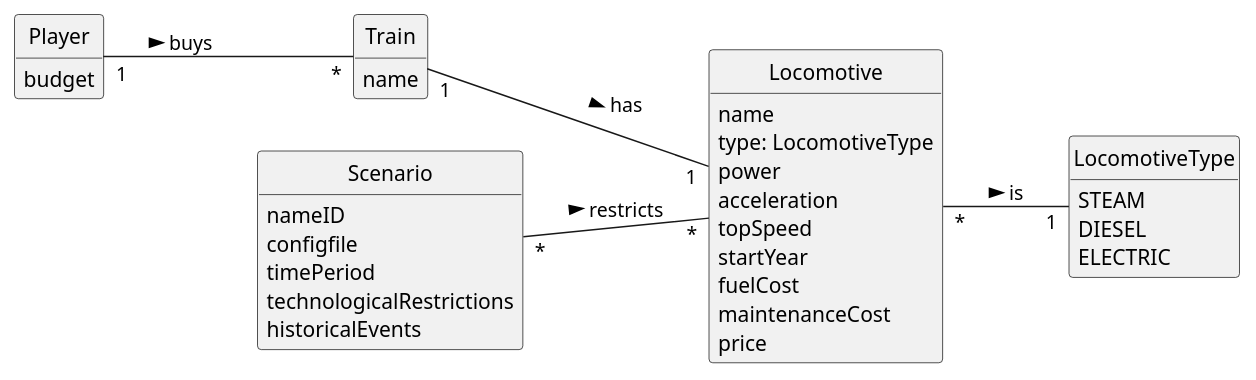
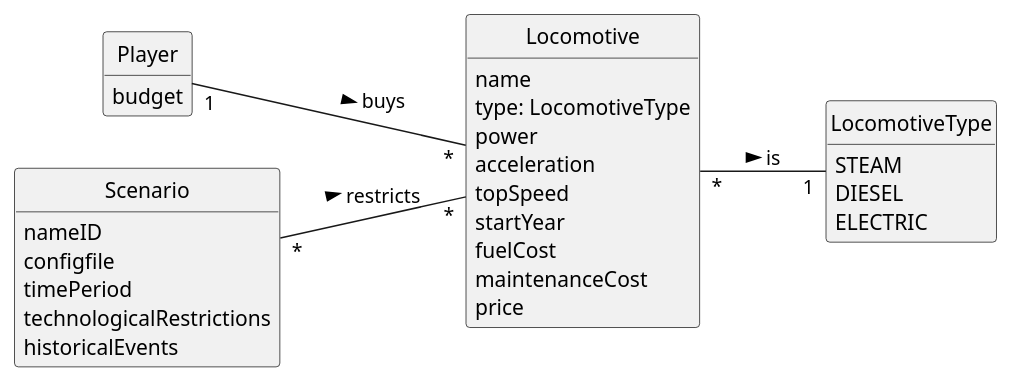
The diagram in docs/system-documentation/Sprint 1/US09/02.analysis/puml/US09-DM.puml (HenriqueSilva18/Railway-Network-Simulator), drawn with PlantUML before and after one commit. The commit also changed 3 other files, not shown here.

```diff
--- a/docs/system-documentation/Sprint 1/US09/02.analysis/puml/US09-DM.puml
+++ b/docs/system-documentation/Sprint 1/US09/02.analysis/puml/US09-DM.puml
@@ -1,49 +1,44 @@
 @startuml
 skinparam monochrome true
 skinparam shadowing false
 skinparam classAttributeIconSize 0
 hide circle
 hide methods
 
 left to right direction
 
 class Player {
   budget
 }
 
 class Locomotive {
   name
   type: LocomotiveType
   power
   acceleration
   topSpeed
   startYear
   fuelCost
   maintenanceCost
   price
 }
 
-class Train {
-  name
-}
-
 enum LocomotiveType {
   STEAM
   DIESEL
   ELECTRIC
 }
 
 class Scenario {
   nameID
   configfile
   timePeriod
   technologicalRestrictions
   historicalEvents
 }
 
-Player "1" -- "*" Train : buys >
-Train "1" -- "1" Locomotive : has >
+Player "1" -- "*" Locomotive : buys >
 Locomotive "*" -- "1" LocomotiveType : is >
 Scenario "*" -- "*" Locomotive : restricts >
 
 @enduml
```
